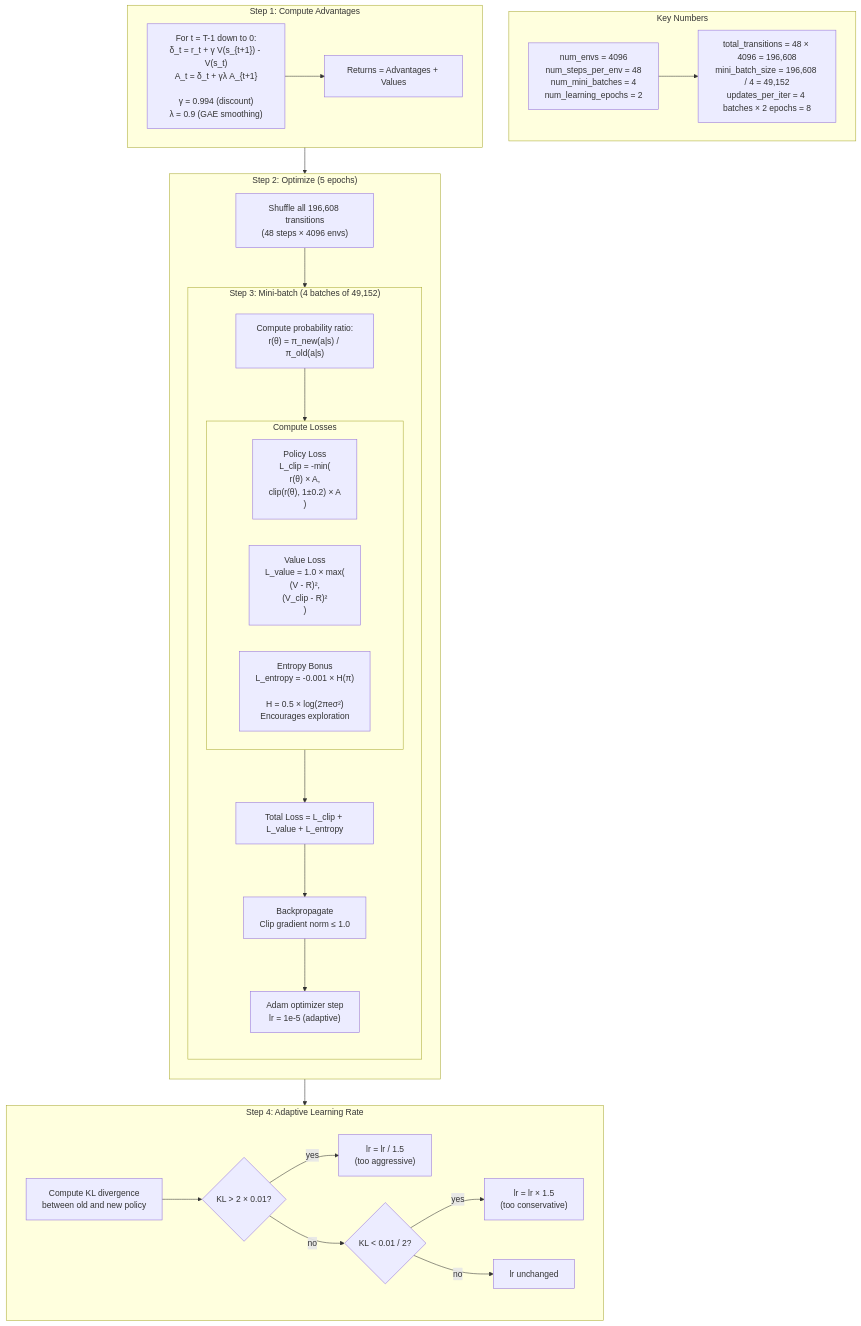
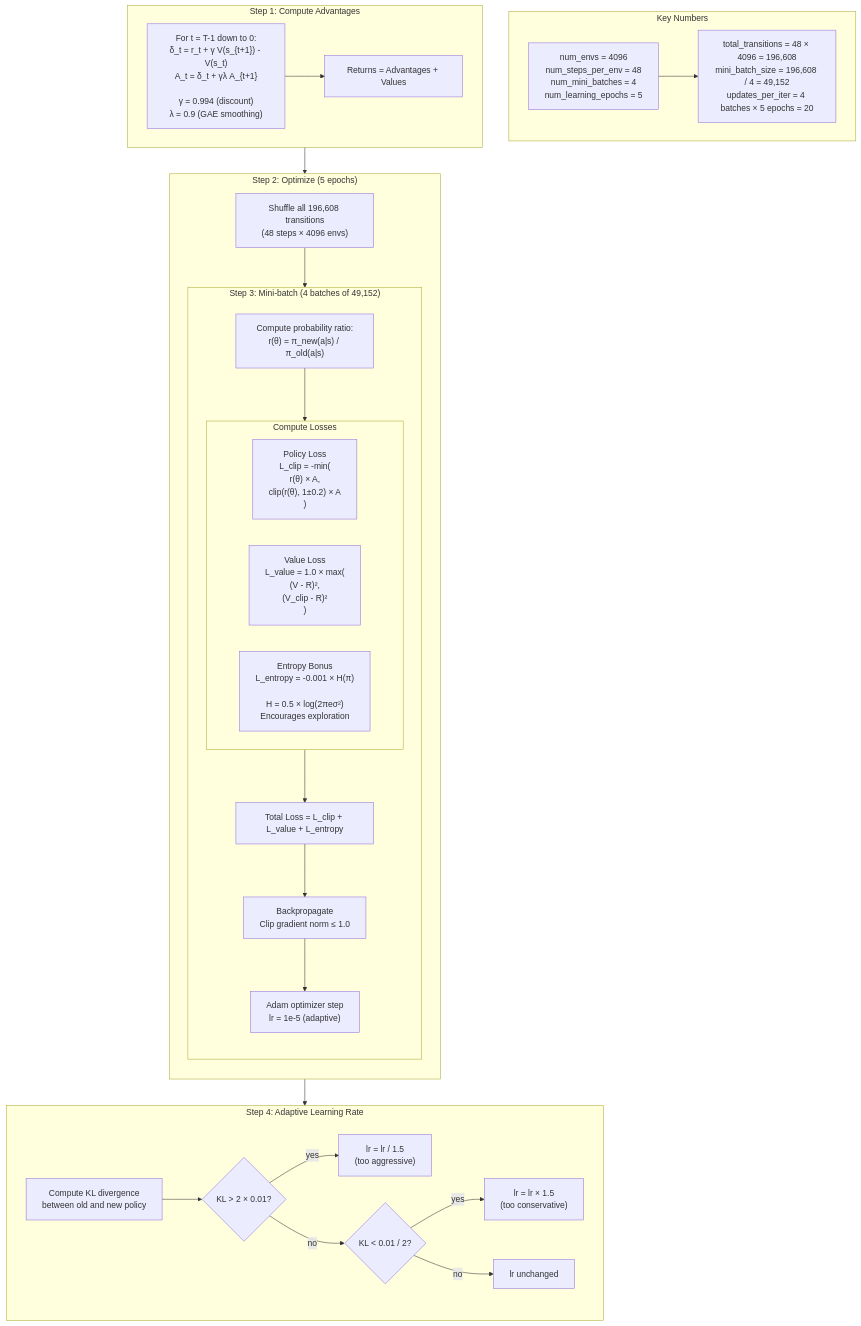
Before and after one commit to armmarov/armrobot: the fifth of 9 diagrams in docs/PPO_NETWORK.md, drawn with Mermaid. The commit also changed other lines of this file and 4 other files, not shown here.

````diff
--- a/docs/PPO_NETWORK.md
+++ b/docs/PPO_NETWORK.md
@@ -160,56 +160,56 @@
 ```mermaid
 flowchart TB
     subgraph NUMBERS["Key Numbers"]
         direction LR
-        N1["num_envs = 4096<br/>num_steps_per_env = 48<br/>num_mini_batches = 4<br/>num_learning_epochs = 2"]
-        N2["total_transitions = 48 × 4096 = 196,608<br/>mini_batch_size = 196,608 / 4 = 49,152<br/>updates_per_iter = 4 batches × 2 epochs = 8"]
+        N1["num_envs = 4096<br/>num_steps_per_env = 48<br/>num_mini_batches = 4<br/>num_learning_epochs = 5"]
+        N2["total_transitions = 48 × 4096 = 196,608<br/>mini_batch_size = 196,608 / 4 = 49,152<br/>updates_per_iter = 4 batches × 5 epochs = 20"]
         N1 --> N2
     end
 
     subgraph GAE["Step 1: Compute Advantages"]
         G1["For t = T-1 down to 0:<br/>δ_t = r_t + γ V(s_{t+1}) - V(s_t)<br/>A_t = δ_t + γλ A_{t+1}<br/><br/>γ = 0.994 (discount)<br/>λ = 0.9 (GAE smoothing)"]
         G2["Returns = Advantages + Values"]
         G1 --> G2
     end
 
     subgraph EPOCHS["Step 2: Optimize (5 epochs)"]
         direction TB
         SHUFFLE["Shuffle all 196,608 transitions<br/>(48 steps × 4096 envs)"]
 
         subgraph MB["Step 3: Mini-batch (4 batches of 49,152)"]
             direction TB
             RATIO["Compute probability ratio:<br/>r(θ) = π_new(a|s) / π_old(a|s)"]
 
             subgraph LOSSES["Compute Losses"]
                 direction LR
                 PL["Policy Loss<br/>L_clip = -min(<br/>  r(θ) × A,<br/>  clip(r(θ), 1±0.2) × A<br/>)"]
                 VL["Value Loss<br/>L_value = 1.0 × max(<br/>  (V - R)²,<br/>  (V_clip - R)²<br/>)"]
                 EL["Entropy Bonus<br/>L_entropy = -0.001 × H(π)<br/><br/>H = 0.5 × log(2πeσ²)<br/>Encourages exploration"]
             end
 
             TOTAL["Total Loss = L_clip + L_value + L_entropy"]
             GRAD["Backpropagate<br/>Clip gradient norm ≤ 1.0"]
             STEP["Adam optimizer step<br/>lr = 1e-5 (adaptive)"]
 
             RATIO --> LOSSES --> TOTAL --> GRAD --> STEP
         end
 
         SHUFFLE --> MB
     end
 
     subgraph KL["Step 4: Adaptive Learning Rate"]
         KL1["Compute KL divergence<br/>between old and new policy"]
         KL2{"KL > 2 × 0.01?"}
         KL3["lr = lr / 1.5<br/>(too aggressive)"]
         KL4{"KL < 0.01 / 2?"}
         KL5["lr = lr × 1.5<br/>(too conservative)"]
         KL6["lr unchanged"]
         KL1 --> KL2
         KL2 -->|yes| KL3
         KL2 -->|no| KL4
         KL4 -->|yes| KL5
         KL4 -->|no| KL6
     end
 
     GAE --> EPOCHS --> KL
 ```
````
